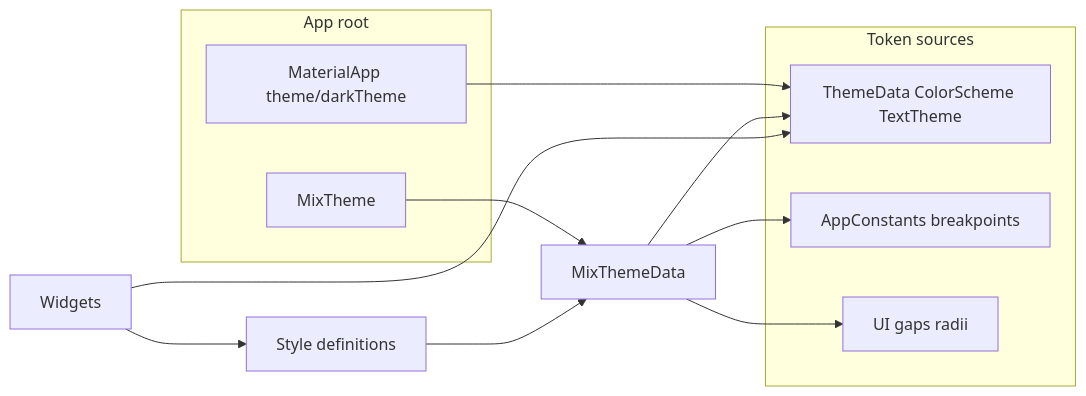
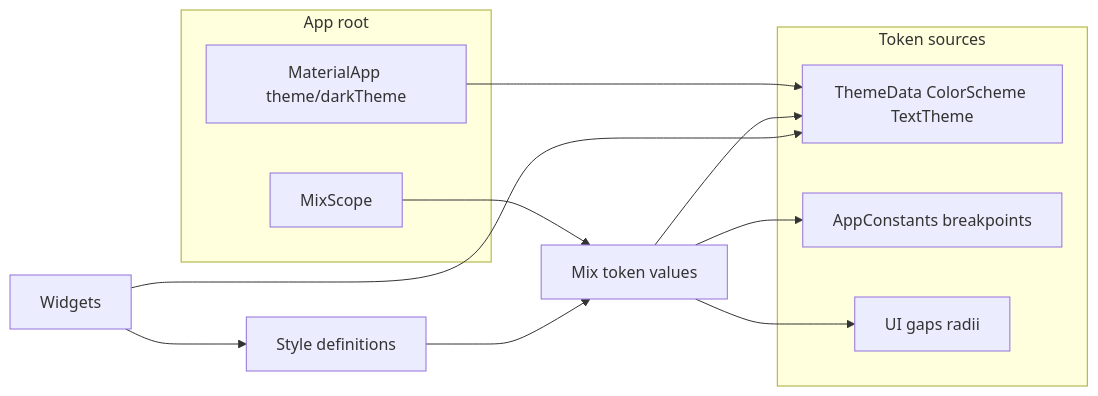
The diagram in docs/mix_design_system_plan.md (redjadet/flutter_bloc_app), drawn with Mermaid before and after one commit. The commit also changed other lines of this file and 25 other files, not shown here.

````diff
--- a/docs/mix_design_system_plan.md
+++ b/docs/mix_design_system_plan.md
@@ -125,20 +125,20 @@
 ```mermaid
 flowchart LR
   subgraph app [App root]
     MaterialApp[MaterialApp theme/darkTheme]
-    MixTheme[MixTheme]
+    MixScope[MixScope]
   end
   subgraph tokens [Token sources]
     ThemeData[ThemeData ColorScheme TextTheme]
     AppConstants[AppConstants breakpoints]
     UI[UI gaps radii]
   end
   MaterialApp --> ThemeData
-  MixTheme --> MixThemeData
-  MixThemeData --> ThemeData
-  MixThemeData --> AppConstants
-  MixThemeData --> UI
-  StyleDefs[Style definitions] --> MixThemeData
+  MixScope --> Tokens[Mix token values]
+  Tokens --> ThemeData
+  Tokens --> AppConstants
+  Tokens --> UI
+  StyleDefs[Style definitions] --> Tokens
   Widgets[Widgets] --> StyleDefs
   Widgets --> ThemeData
 ```
````
